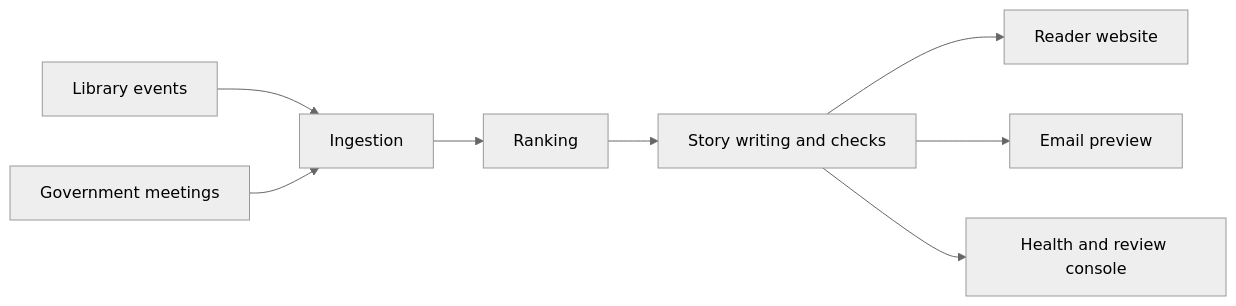
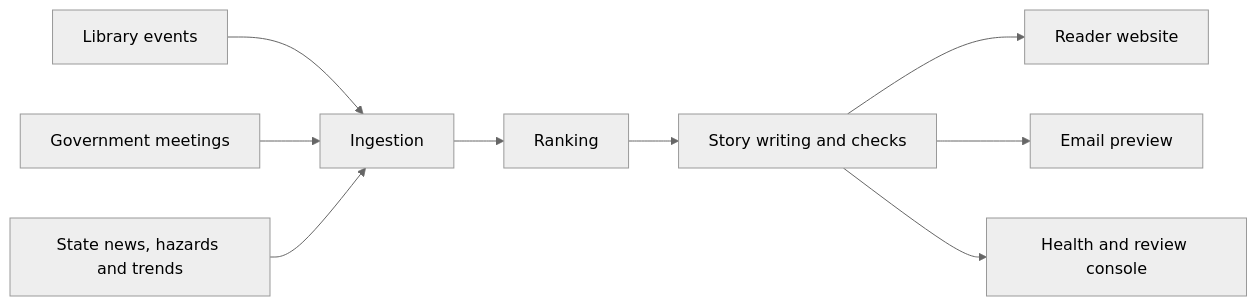
One commit to vbafnaa/NewsBee changed the diagram in README.md. Above: the diagram before and after it, drawn with Mermaid (neutral theme). The commit also changed other lines of this file and 24 other files, not shown here.

First line of the commit message:
Add wider-area connectors for news deserts

````diff
--- a/README.md
+++ b/README.md
@@ -12,9 +13,10 @@
 ```mermaid
 flowchart LR
   Library[Library events] --> Ingest[Ingestion]
   Meetings[Government meetings] --> Ingest
+  Wider[State news, hazards and trends] --> Ingest
   Ingest --> Rank[Ranking] --> Write[Story writing and checks]
   Write --> Site[Reader website]
   Write --> Email[Email preview]
   Write --> Console[Health and review console]
 ```
````
